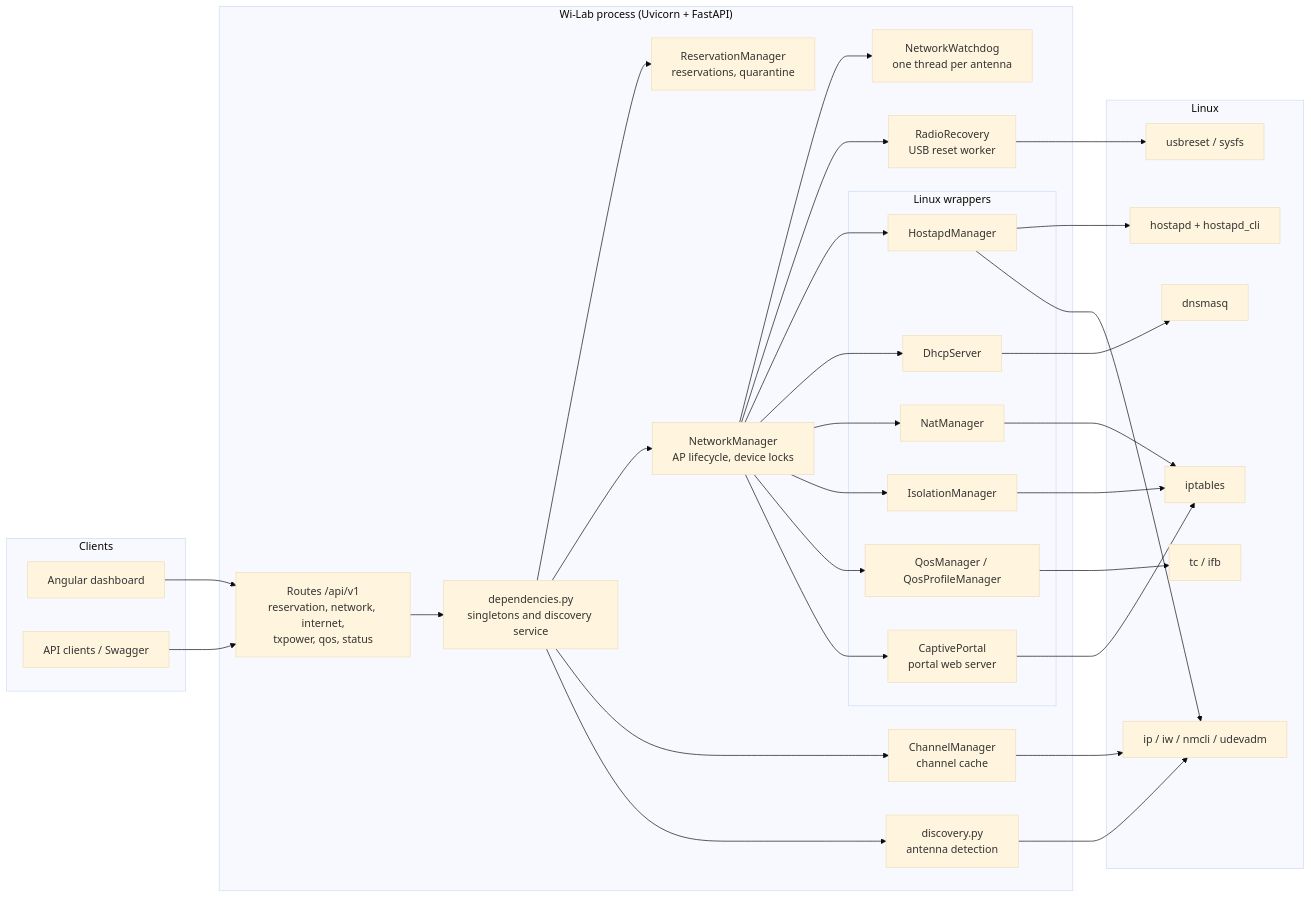
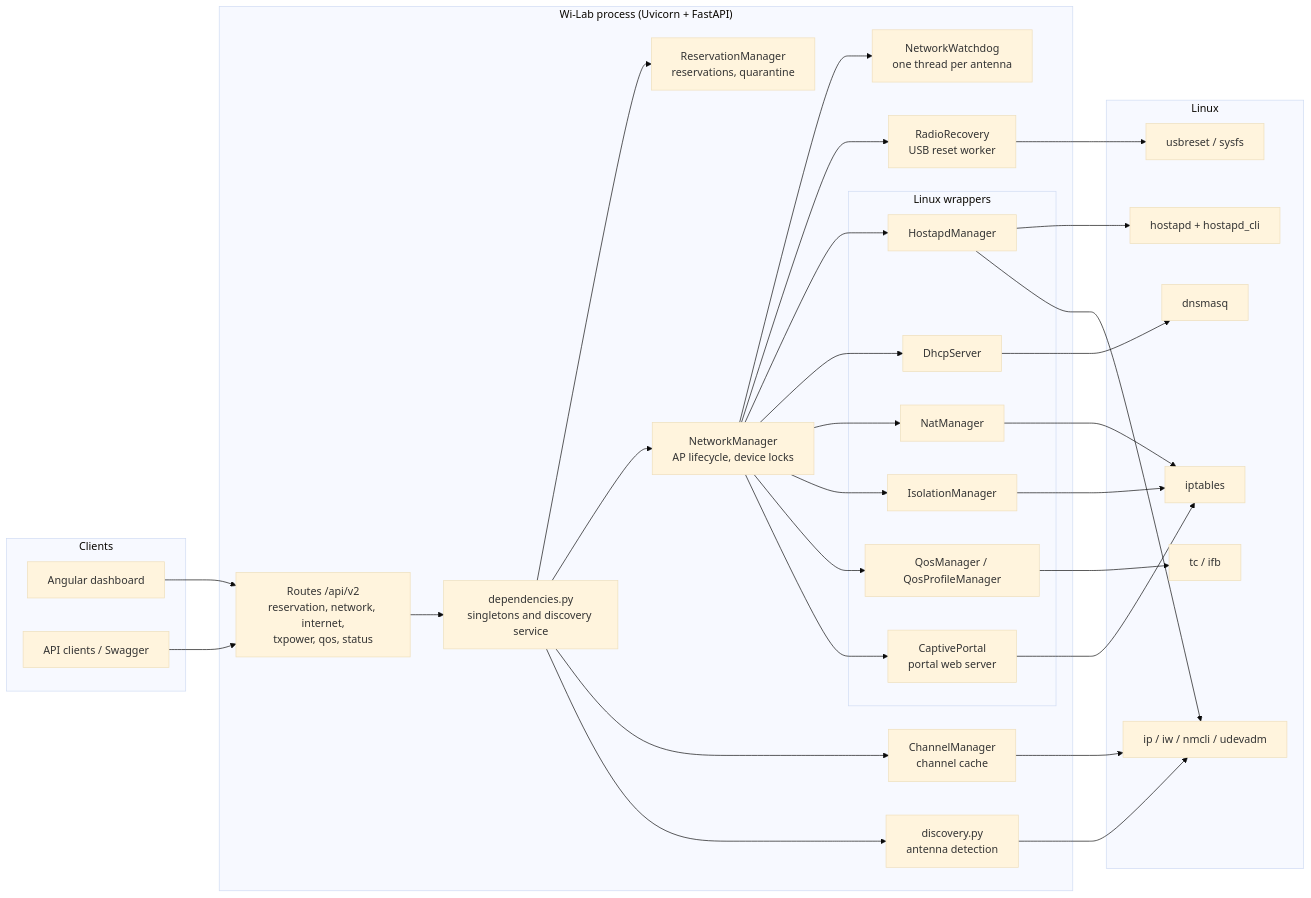
Before and after one commit to caporalesimone/wi-lab: the first of 15 diagrams in docs/architecture.md, drawn with Mermaid (base theme). The commit also changed other lines of this file and 40 other files, not shown here.

````diff
--- a/docs/architecture.md
+++ b/docs/architecture.md
@@ -16,61 +16,61 @@
 ```mermaid
 flowchart LR
     subgraph Clients
         UI["Angular dashboard"]
         API["API clients / Swagger"]
     end
 
     subgraph Process["Wi-Lab process (Uvicorn + FastAPI)"]
-        R["Routes /api/v1<br/>reservation, network, internet,<br/>txpower, qos, status"]
+        R["Routes /api/v2<br/>reservation, network, internet,<br/>txpower, qos, status"]
         D["dependencies.py<br/>singletons and discovery service"]
         RM["ReservationManager<br/>reservations, quarantine"]
         NM["NetworkManager<br/>AP lifecycle, device locks"]
         WD["NetworkWatchdog<br/>one thread per antenna"]
         RR["RadioRecovery<br/>USB reset worker"]
         CM["ChannelManager<br/>channel cache"]
         DISC["discovery.py<br/>antenna detection"]
         subgraph Drivers["Linux wrappers"]
             HA["HostapdManager"]
             DH["DhcpServer"]
             NAT["NatManager"]
             ISO["IsolationManager"]
             QOS["QosManager / QosProfileManager"]
             CP["CaptivePortal<br/>portal web server"]
         end
     end
 
     subgraph Linux
         HOSTAPD["hostapd + hostapd_cli"]
         DNSMASQ["dnsmasq"]
         IPT["iptables"]
         TC["tc / ifb"]
         IPIW["ip / iw / nmcli / udevadm"]
         USB["usbreset / sysfs"]
     end
 
     UI --> R
     API --> R
     R --> D
     D --> RM
     D --> NM
     D --> CM
     D --> DISC
     NM --> WD
     NM --> RR
     NM --> HA
     NM --> DH
     NM --> NAT
     NM --> ISO
     NM --> QOS
     NM --> CP
     HA --> HOSTAPD
     HA --> IPIW
     DH --> DNSMASQ
     NAT --> IPT
     ISO --> IPT
     CP --> IPT
     QOS --> TC
     DISC --> IPIW
     CM --> IPIW
     RR --> USB
 ```
````
